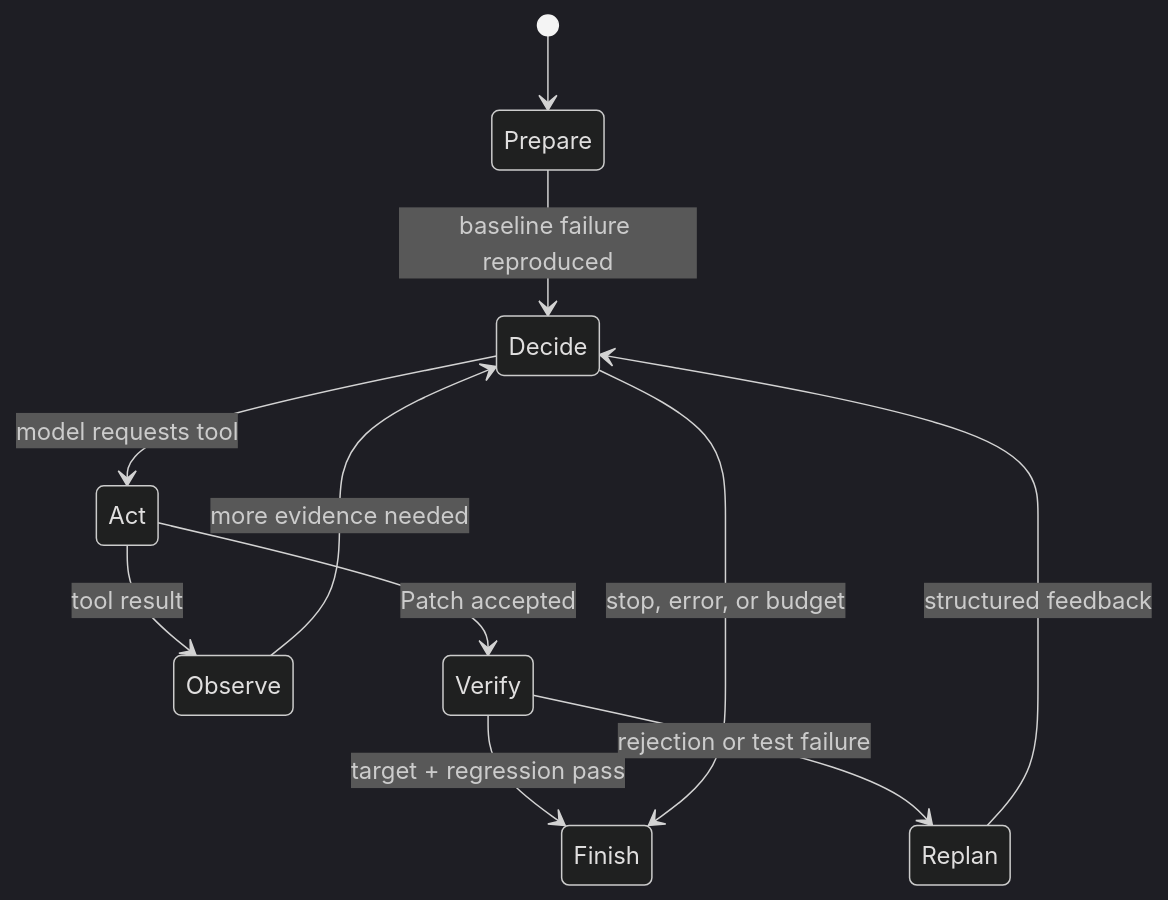
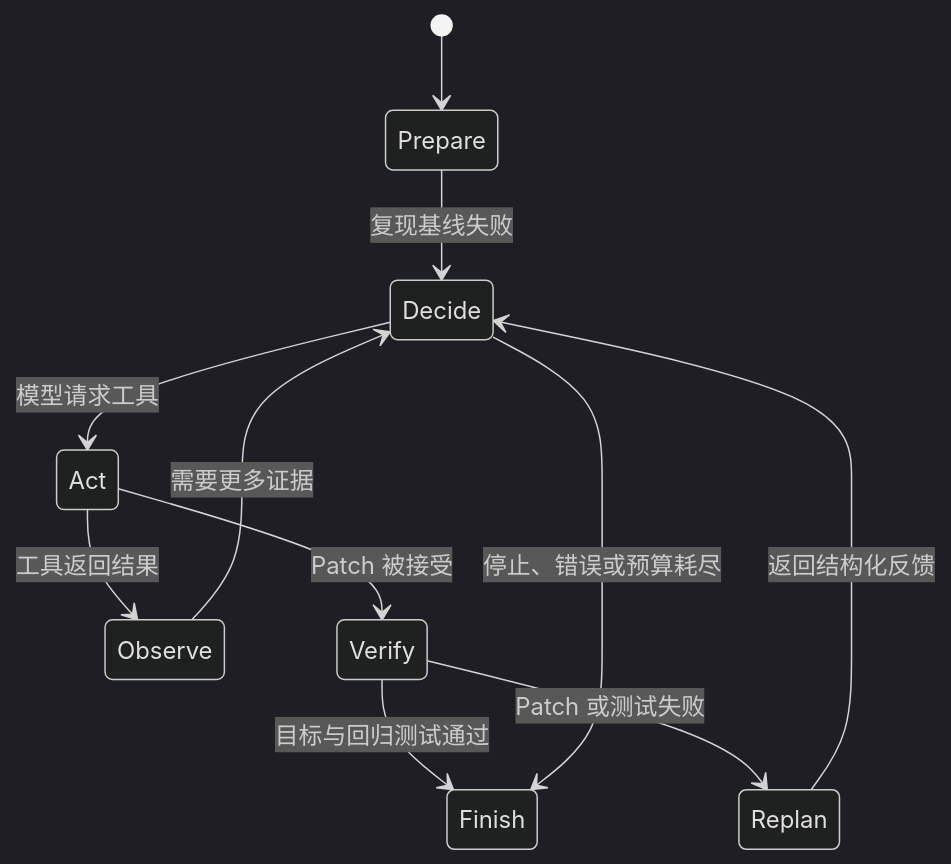
The diagram in docs/AGENT_RUNTIME.md (whytomato/RepoSuture), drawn with Mermaid (dark theme) before and after one commit. The commit also changed other lines of this file and 19 other files, not shown here.

````diff
--- a/docs/AGENT_RUNTIME.md
+++ b/docs/AGENT_RUNTIME.md
@@ -23,13 +17,13 @@
 ```mermaid
 stateDiagram-v2
     [*] --> Prepare
-    Prepare --> Decide: baseline failure reproduced
-    Decide --> Act: model requests tool
-    Act --> Observe: tool result
-    Observe --> Decide: more evidence needed
-    Act --> Verify: Patch accepted
-    Verify --> Finish: target + regression pass
-    Verify --> Replan: rejection or test failure
-    Replan --> Decide: structured feedback
-    Decide --> Finish: stop, error, or budget
+    Prepare --> Decide: 复现基线失败
+    Decide --> Act: 模型请求工具
+    Act --> Observe: 工具返回结果
+    Observe --> Decide: 需要更多证据
+    Act --> Verify: Patch 被接受
+    Verify --> Finish: 目标与回归测试通过
+    Verify --> Replan: Patch 或测试失败
+    Replan --> Decide: 返回结构化反馈
+    Decide --> Finish: 停止、错误或预算耗尽
 ```
````
